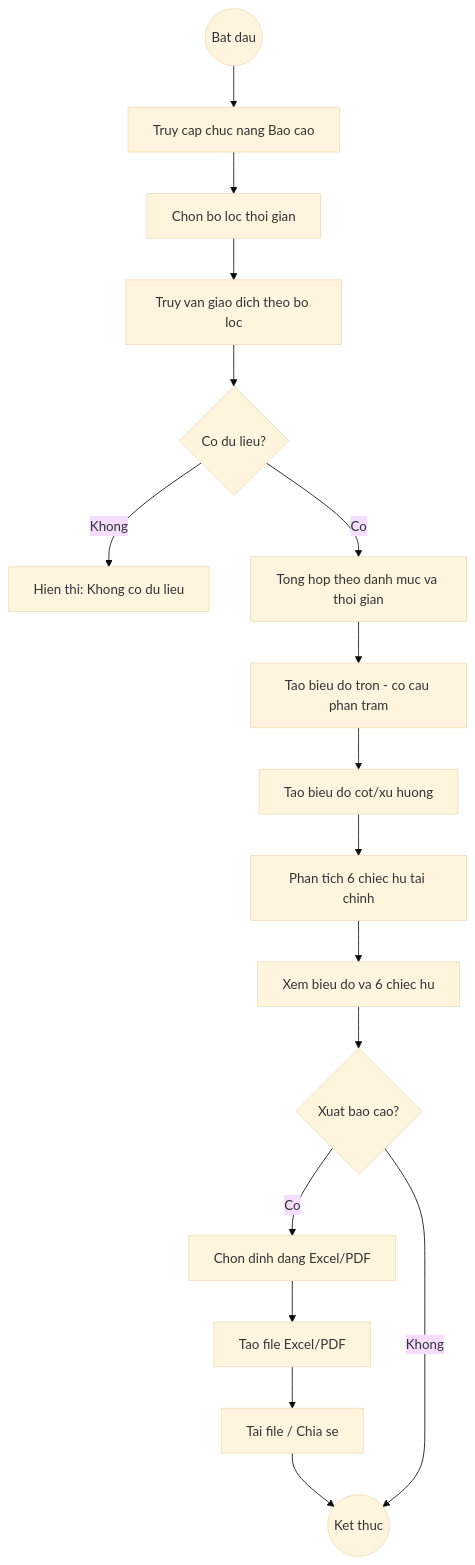
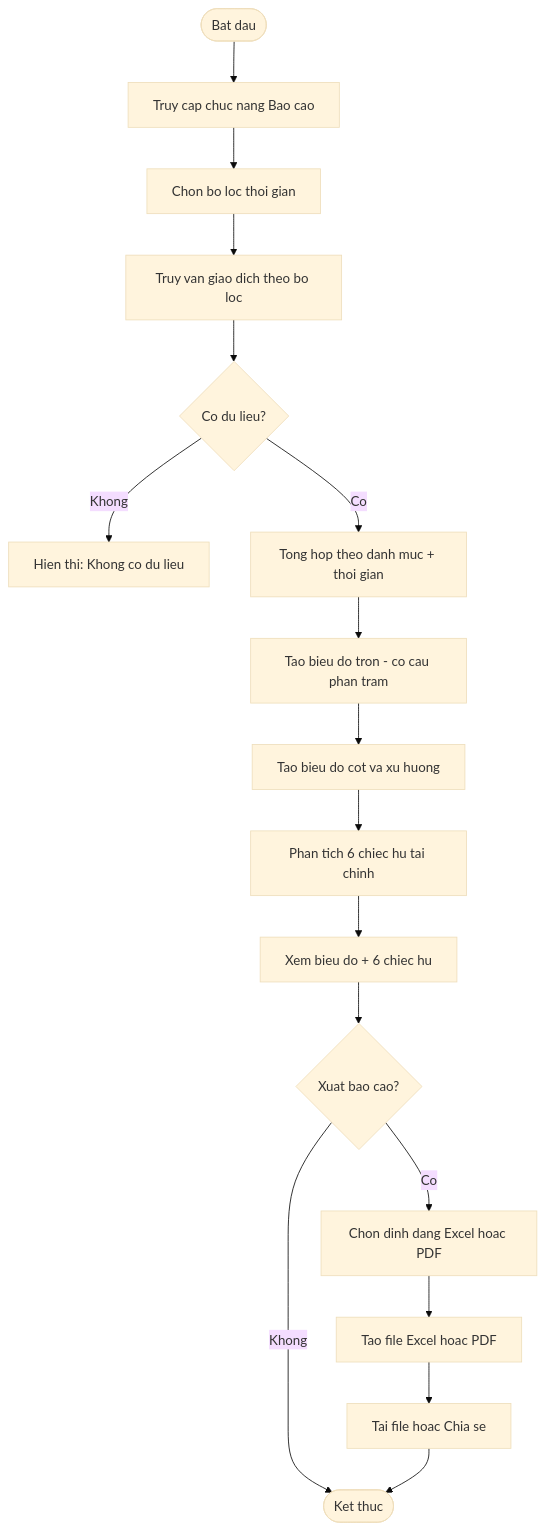
The ninth of 10 diagrams in Nghiên cứu MISA MoneyKeeper.md (Hieu-vn/Graduation-Thesis), drawn with Mermaid (base theme) before and after one commit. The commit also changed other lines of this file, not shown here.

First line of the commit message:
fix: Fix mermaid diagrams QT07-QT10 for GitHub rendering

````diff
--- a/Nghiên cứu MISA MoneyKeeper.md
+++ b/Nghiên cứu MISA MoneyKeeper.md
@@ -275,19 +301,19 @@
 ```mermaid
 flowchart TD
-    A((Bat dau)) --> B[Truy cap chuc nang Bao cao]
+    A([Bat dau]) --> B[Truy cap chuc nang Bao cao]
     B --> C[Chon bo loc thoi gian]
     C --> D[Truy van giao dich theo bo loc]
     D --> D2{Co du lieu?}
     D2 -->|Khong| D3[Hien thi: Khong co du lieu]
-    D2 -->|Co| E[Tong hop theo danh muc va thoi gian]
+    D2 -->|Co| E[Tong hop theo danh muc + thoi gian]
     E --> F[Tao bieu do tron - co cau phan tram]
-    F --> F2[Tao bieu do cot/xu huong]
+    F --> F2[Tao bieu do cot va xu huong]
     F2 --> G[Phan tich 6 chiec hu tai chinh]
-    G --> H[Xem bieu do va 6 chiec hu]
+    G --> H[Xem bieu do + 6 chiec hu]
     H --> I{Xuat bao cao?}
-    I -->|Co| J[Chon dinh dang Excel/PDF]
-    J --> J2[Tao file Excel/PDF]
-    J2 --> K[Tai file / Chia se]
-    K --> L((Ket thuc))
-    I -->|Khong| L
+    I -->|Co| J[Chon dinh dang Excel hoac PDF]
+    J --> J2[Tao file Excel hoac PDF]
+    J2 --> K[Tai file hoac Chia se]
+    I -->|Khong| L([Ket thuc])
+    K --> L
 ```
````
